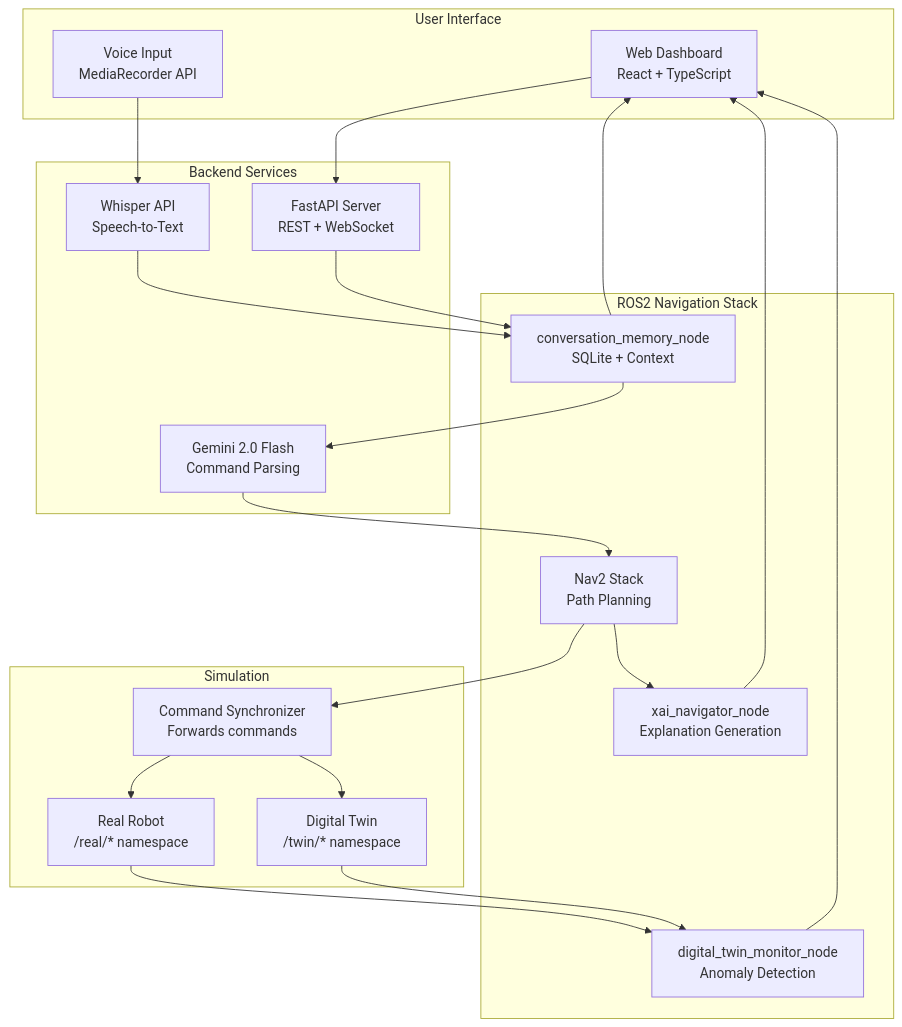
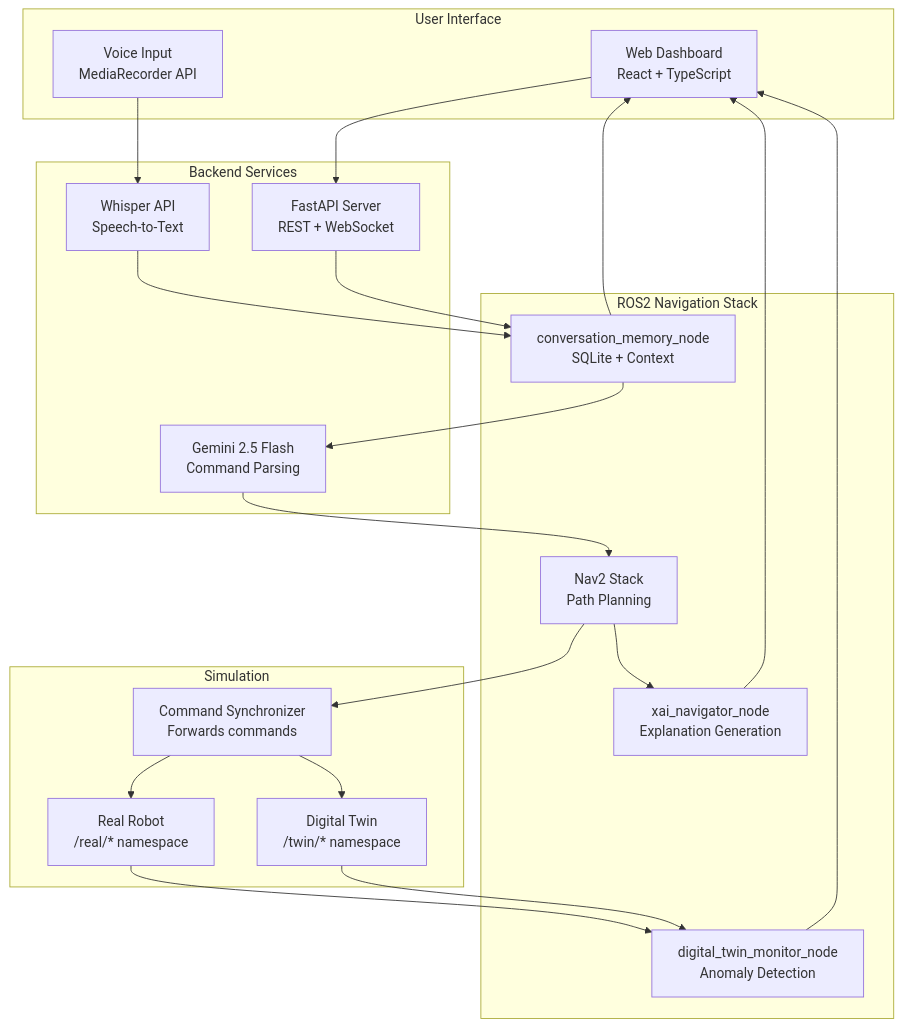
Before and after one commit to howdoiusekeyboard/ros2_navigation_project: the diagram in docs/architecture/system_architecture.md, drawn with Mermaid. The commit also changed other lines of this file and 12 other files, not shown here.

First line of the commit message:
Update project to use Gemini 2.5 Flash

````diff
--- a/docs/architecture/system_architecture.md
+++ b/docs/architecture/system_architecture.md
@@ -12,42 +12,42 @@
 ```mermaid
 graph TB
     subgraph User Interface
         UI[Web Dashboard<br/>React + TypeScript]
         MIC[Voice Input<br/>MediaRecorder API]
     end
 
     subgraph Backend Services
         WHISPER[Whisper API<br/>Speech-to-Text]
-        GEMINI[Gemini 2.0 Flash<br/>Command Parsing]
+        GEMINI[Gemini 2.5 Flash<br/>Command Parsing]
         FASTAPI[FastAPI Server<br/>REST + WebSocket]
     end
 
     subgraph ROS2 Navigation Stack
         CONV[conversation_memory_node<br/>SQLite + Context]
         XAI[xai_navigator_node<br/>Explanation Generation]
         NAV2[Nav2 Stack<br/>Path Planning]
         TWIN[digital_twin_monitor_node<br/>Anomaly Detection]
     end
 
     subgraph Simulation
         REAL[Real Robot<br/>/real/* namespace]
         DIGITAL[Digital Twin<br/>/twin/* namespace]
         SYNC[Command Synchronizer<br/>Forwards commands]
     end
 
     MIC --> WHISPER
     WHISPER --> CONV
     CONV --> GEMINI
     GEMINI --> NAV2
     NAV2 --> XAI
     NAV2 --> SYNC
     SYNC --> REAL
     SYNC --> DIGITAL
     REAL --> TWIN
     DIGITAL --> TWIN
     TWIN --> UI
     XAI --> UI
     CONV --> UI
     UI --> FASTAPI
     FASTAPI --> CONV
 ```
````
